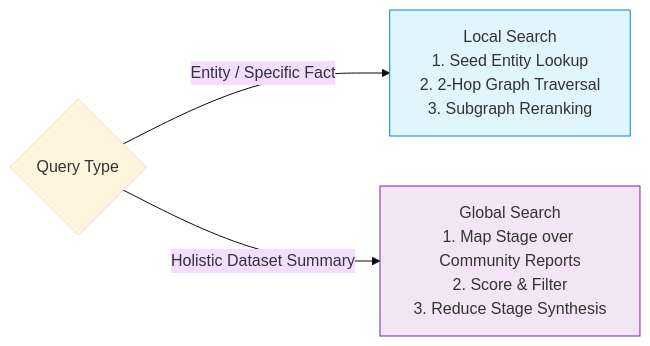
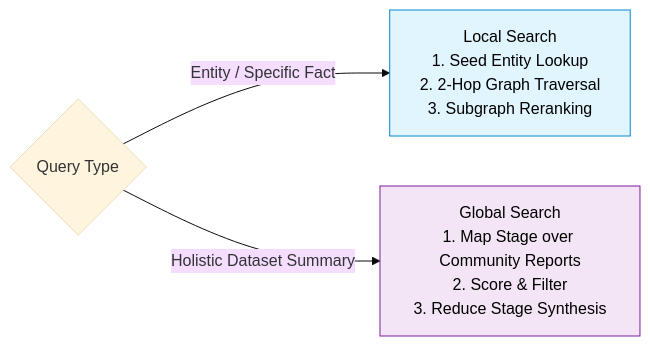
The fourth of 4 diagrams in 06-Advanced-RAG/GraphRAG.md (swapnil3104/RAG-Engineering), drawn with Mermaid (base theme) before and after one commit. The commit also changed other lines of this file and 108 other files, not shown here.

Commit message:
fix: make chart text visible across all Mermaid diagrams and resolve markdown table formatting issues

````diff
--- a/06-Advanced-RAG/GraphRAG.md
+++ b/06-Advanced-RAG/GraphRAG.md
@@ -447,10 +447,10 @@
 ```mermaid
 flowchart LR
     GraphChoice{"Query Type"}
     
     GraphChoice -->|"Entity / Specific Fact"| ModeLocal["Local Search<br/>1. Seed Entity Lookup<br/>2. 2-Hop Graph Traversal<br/>3. Subgraph Reranking"]
     GraphChoice -->|"Holistic Dataset Summary"| ModeGlobal["Global Search<br/>1. Map Stage over Community Reports<br/>2. Score & Filter<br/>3. Reduce Stage Synthesis"]
 
-    style ModeLocal fill:#e1f5fe,stroke:#0288d1,stroke-width:1px
-    style ModeGlobal fill:#f3e5f5,stroke:#7b1fa2,stroke-width:1px
+    style ModeLocal fill:#e1f5fe,stroke:#0288d1,stroke-width:1px,color:#000000
+    style ModeGlobal fill:#f3e5f5,stroke:#7b1fa2,stroke-width:1px,color:#000000
 ```
````
